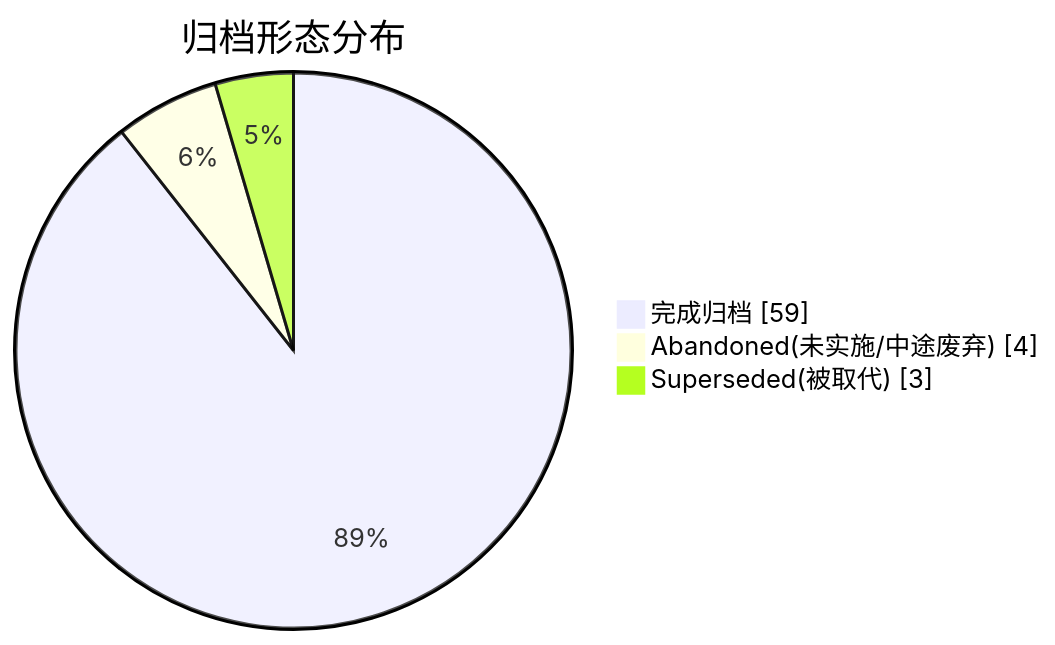
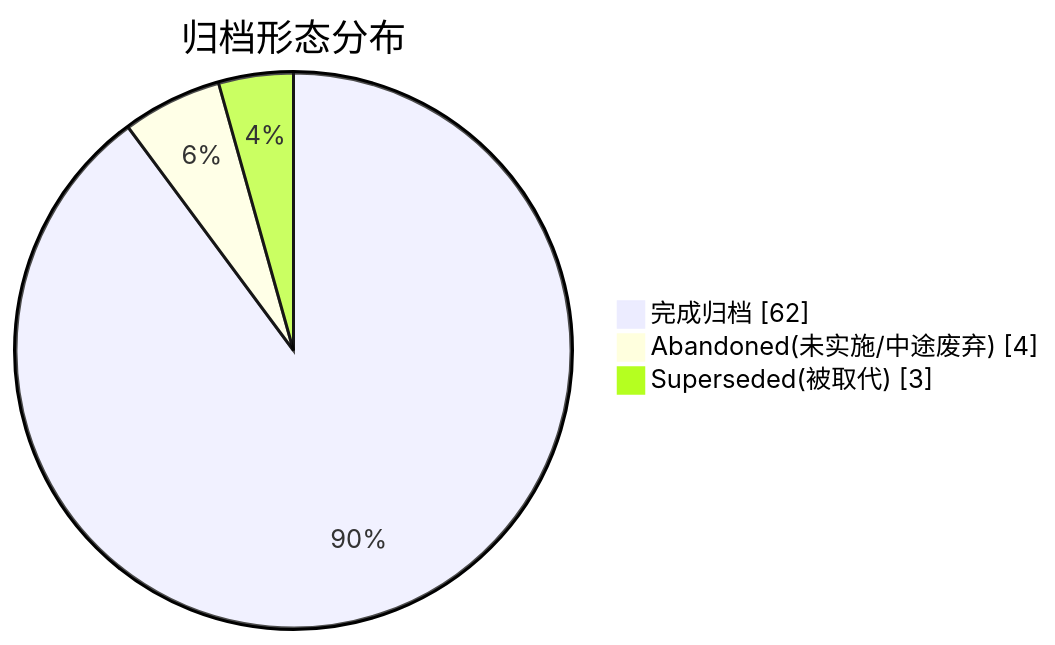
Before and after one commit to golddream-y/obsidian-ratel: the second of 2 diagrams in docs/superpowers/ARCHIVE.md, drawn with Mermaid. The commit also changed other lines of this file and 40 other files, not shown here.

````diff
--- a/docs/superpowers/ARCHIVE.md
+++ b/docs/superpowers/ARCHIVE.md
@@ -24,6 +24,6 @@
 ```mermaid
 pie showData title 归档形态分布
-    "完成归档" : 59
+    "完成归档" : 62
     "Abandoned(未实施/中途废弃)" : 4
     "Superseded(被取代)" : 3
 ```
````
